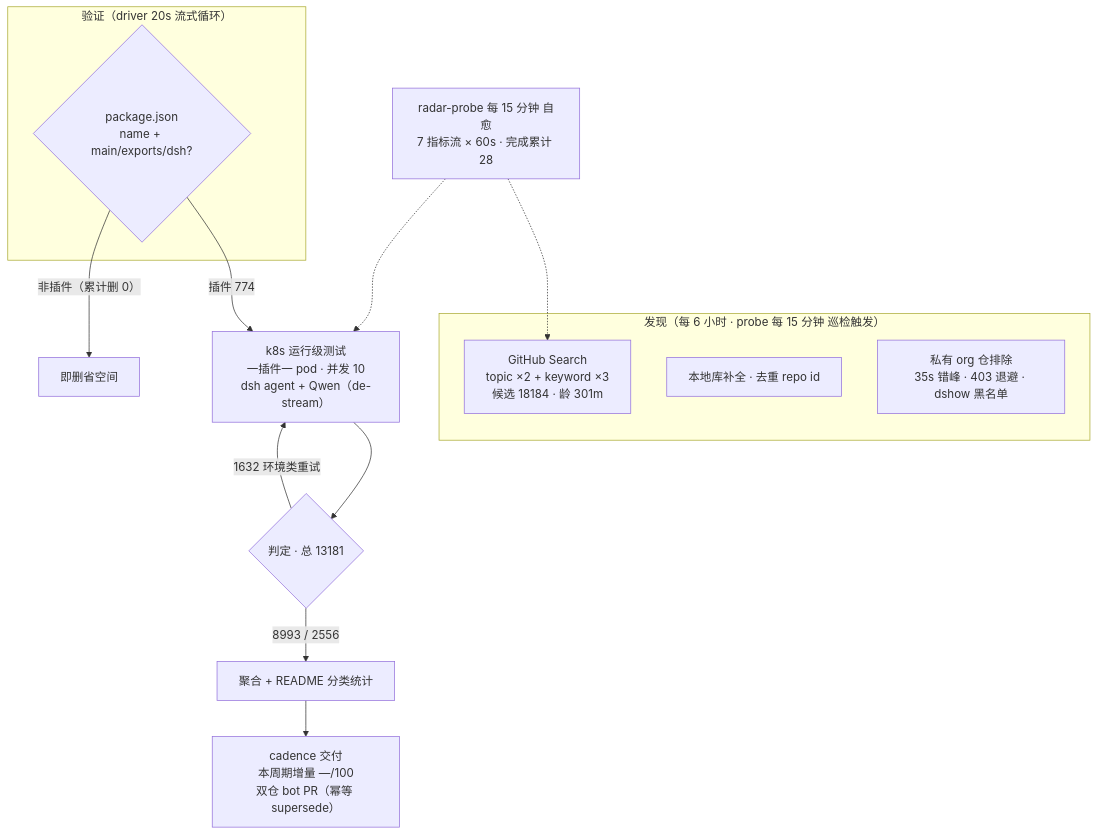
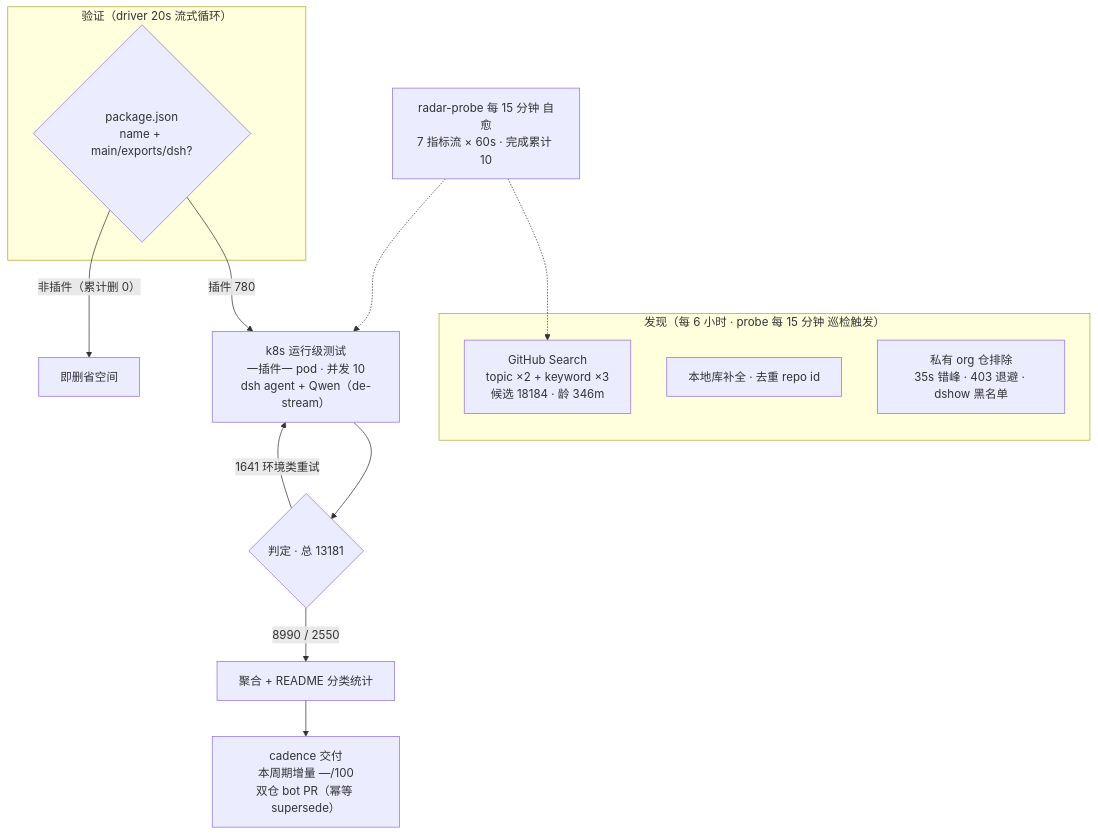
One commit to AdamPlatin123/awesome-dsh-plugins changed the diagram in README.md. Above: the diagram before and after it, drawn with Mermaid. The commit also changed other lines of this file and 5 other files, not shown here.

````diff
--- a/README.md
+++ b/README.md
@@ -52,20 +52,20 @@
 ```mermaid
 flowchart TB
     subgraph Discovery["发现（每 6 小时 · probe 每 15 分钟 巡检触发）"]
-        A1["GitHub Search<br/>topic ×2 + keyword ×3<br/>候选 18184 · 龄 301m"]
+        A1["GitHub Search<br/>topic ×2 + keyword ×3<br/>候选 18184 · 龄 346m"]
         A2["本地库补全 · 去重 repo id"]
         A3["私有 org 仓排除<br/>35s 错峰 · 403 退避 · dshow 黑名单"]
     end
     subgraph Validation["验证（driver 20s 流式循环）"]
         B1{"package.json<br/>name + main/exports/dsh?"}
     end
-    B1 -->|"插件 774"| C1["k8s 运行级测试<br/>一插件一 pod · 并发 10<br/>dsh agent + Qwen（de-stream）"]
+    B1 -->|"插件 780"| C1["k8s 运行级测试<br/>一插件一 pod · 并发 10<br/>dsh agent + Qwen（de-stream）"]
     B1 -->|"非插件（累计删 0）"| B3["即删省空间"]
     C1 --> D1{"判定 · 总 13181"}
-    D1 -->|"8993 / 2556"| E1["聚合 + README 分类统计"]
-    D1 -->|"1632 环境类重试"| C1
+    D1 -->|"8990 / 2550"| E1["聚合 + README 分类统计"]
+    D1 -->|"1641 环境类重试"| C1
     E1 --> E2["cadence 交付<br/>本周期增量 —/100<br/>双仓 bot PR（幂等 supersede）"]
-    M["radar-probe 每 15 分钟 自愈<br/>7 指标流 × 60s · 完成累计 28"]
+    M["radar-probe 每 15 分钟 自愈<br/>7 指标流 × 60s · 完成累计 10"]
     M -.-> A1
     M -.-> C1
 ```
````
